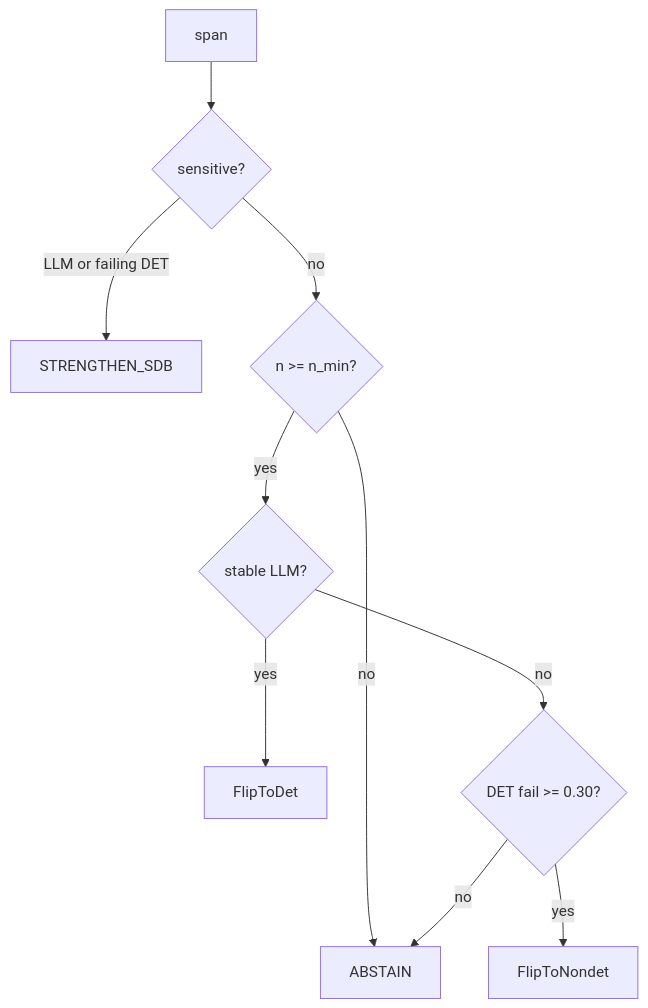
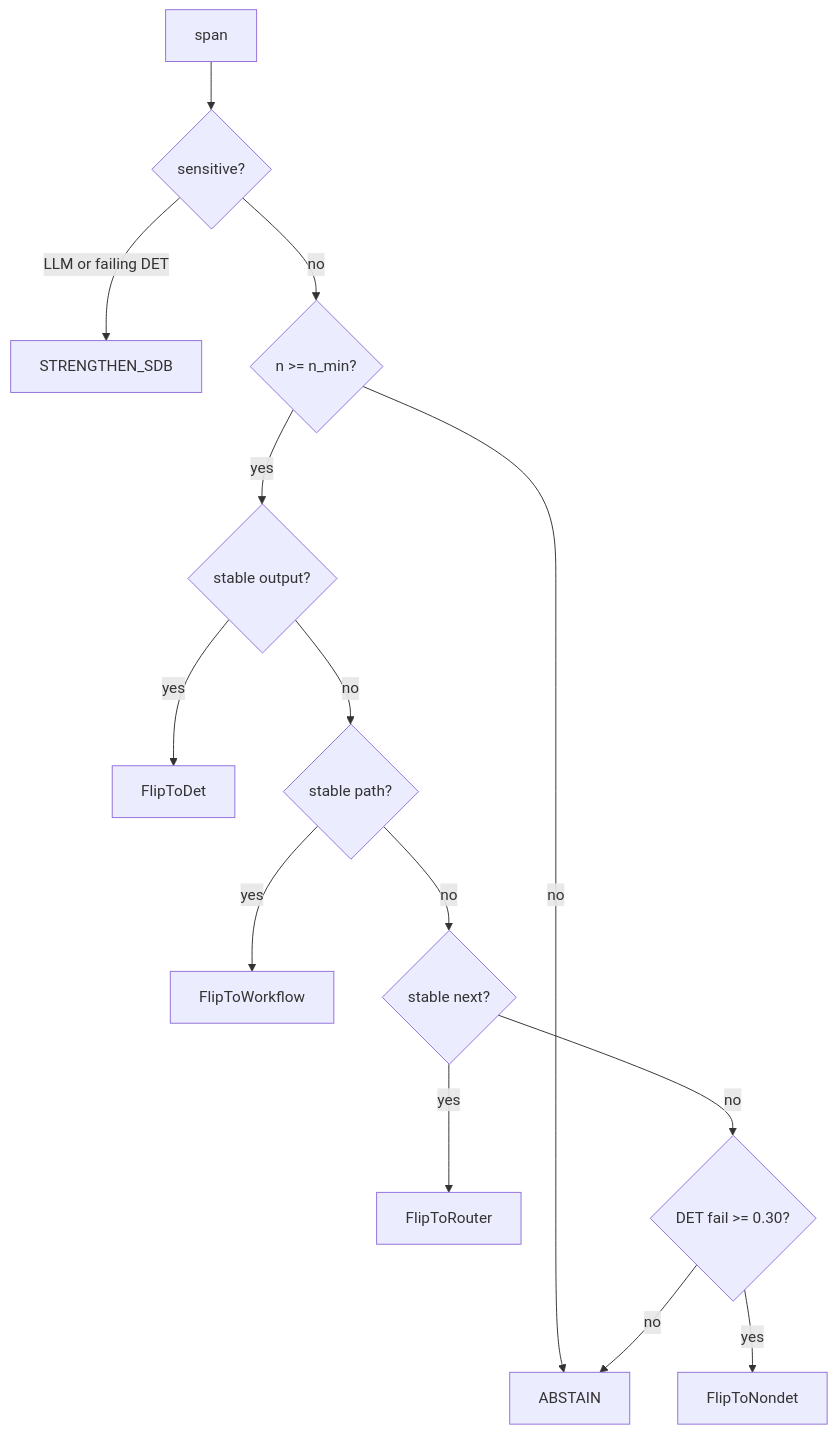
Before and after one commit to Vinayak-RZ/superdeterminisiom: the second of 2 diagrams in README.md, drawn with Mermaid. The commit also changed other lines of this file and 7 other files, not shown here.

First line of the commit message:
docs: reposition as Architecture Advisor and document P3 CLI

````diff
--- a/README.md
+++ b/README.md
@@ -204,12 +213,16 @@
 ```mermaid
 flowchart TD
   In[span] --> Sens{sensitive?}
   Sens -->|LLM or failing DET| SDB[STRENGTHEN_SDB]
   Sens -->|no| N{n >= n_min?}
   N -->|no| Abs[ABSTAIN]
-  N -->|yes| LLM{stable LLM?}
-  LLM -->|yes| Flip[FlipToDet]
-  LLM -->|no| Det{DET fail >= 0.30?}
+  N -->|yes| Tool{stable output?}
+  Tool -->|yes| Flip[FlipToDet]
+  Tool -->|no| Path{stable path?}
+  Path -->|yes| Wf[FlipToWorkflow]
+  Path -->|no| Next{stable next?}
+  Next -->|yes| Rt[FlipToRouter]
+  Next -->|no| Det{DET fail >= 0.30?}
   Det -->|yes| Non[FlipToNondet]
   Det -->|no| Abs
 ```
````
